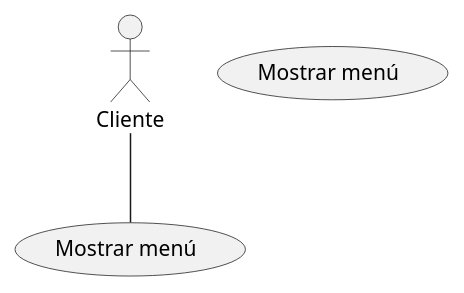
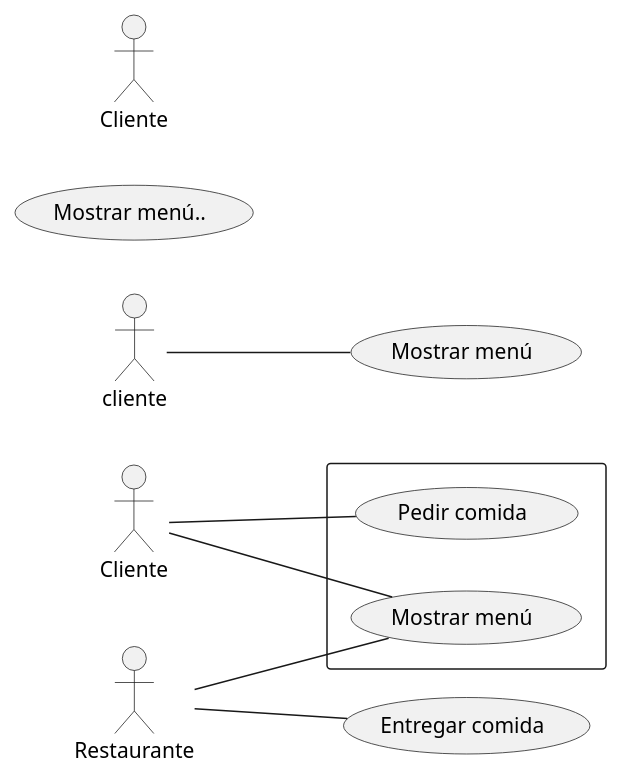
One commit to JuanmaEDE/UML_casos_de_uso changed the diagram in UML_casos_de_uso.puml. Above: the diagram before and after it, drawn with PlantUML.

Commit message:
Realizado Sistema

```diff
--- a/UML_casos_de_uso.puml
+++ b/UML_casos_de_uso.puml
@@ -1,6 +1,21 @@
 @startuml
 
-actor :Cliente:
-Usecase uc1 as "Mostrar menú"
-:Cliente: -- (Mostrar menú)
+
+left to right direction
+actor "Cliente" as cl
+actor "Restaurante" as re
+rectangle  {
+  usecase "Mostrar menú" as UC1
+  usecase "Pedir comida" as UC2
+
+}
+usecase "Entregar comida" as UC3
+cl -- UC1
+cl -- UC2
+re -- UC3
+re -- UC1
+
+ :cliente: -- (Mostrar menú)
+ Usecase uc1 as "Mostrar menú.."
+actor "Cliente" as ctl
 @enduml
```
